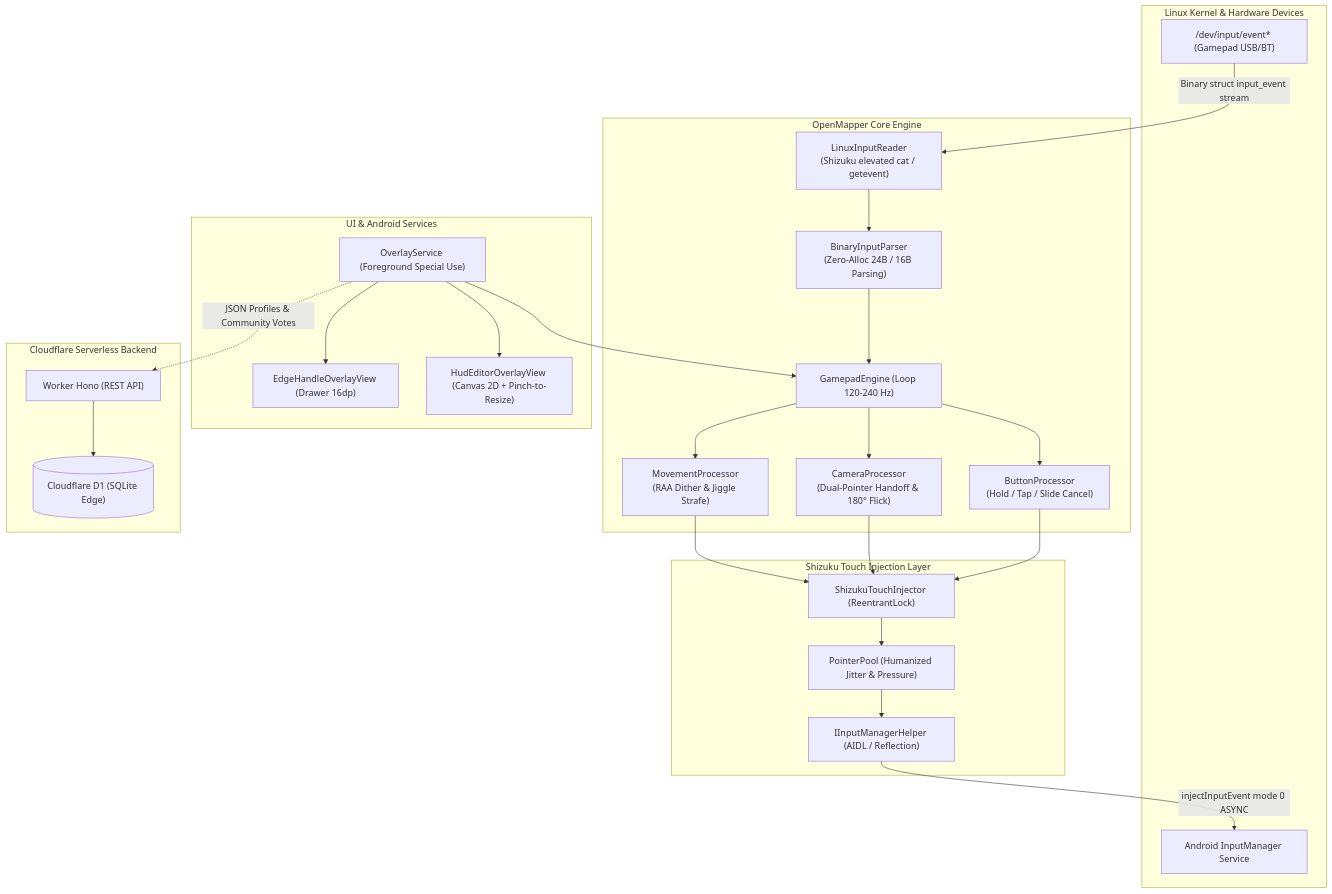
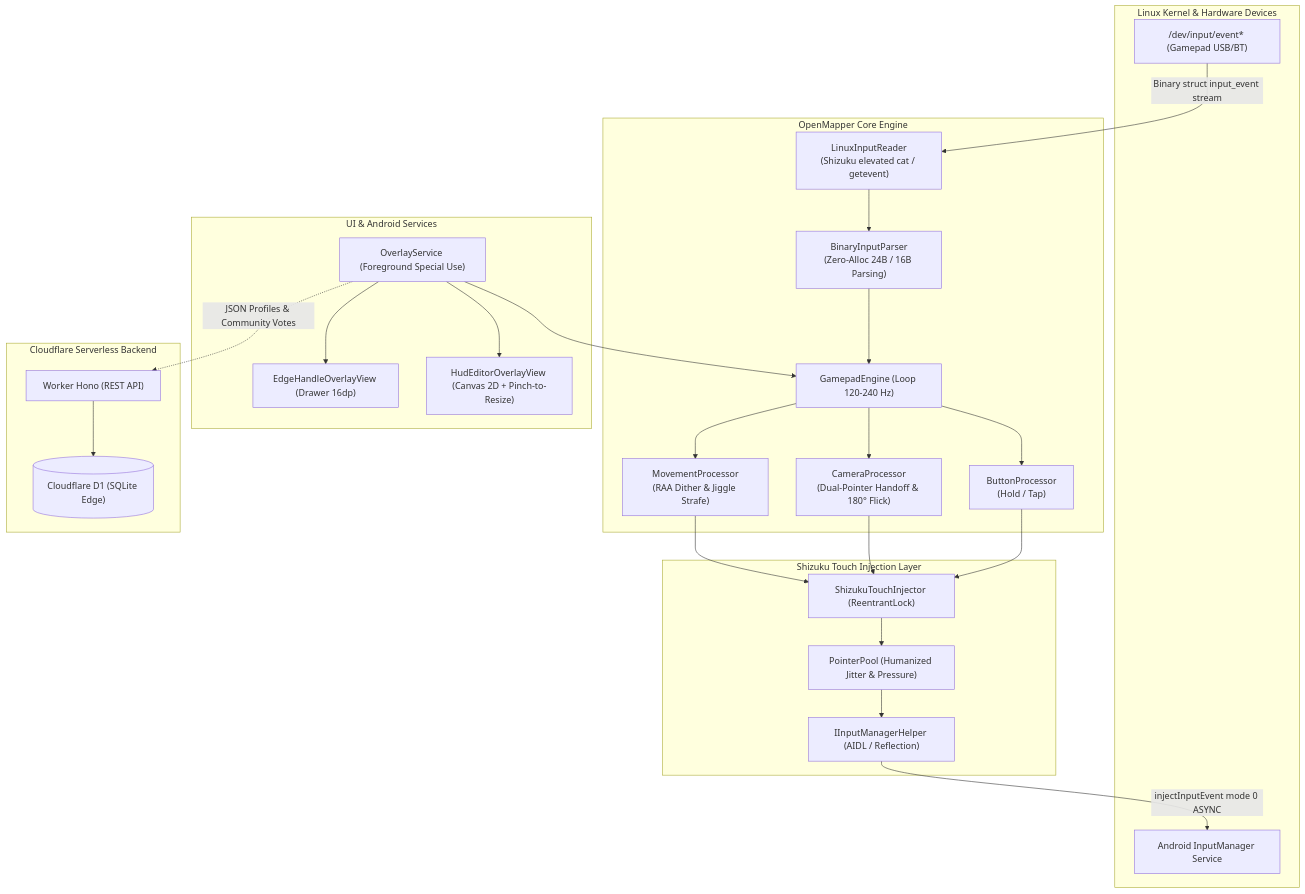
One commit to kinou-p/android-open-mapper changed the diagram in README.md. Above: the diagram before and after it, drawn with Mermaid. The commit also changed other lines of this file and 23 other files, not shown here.

````diff
--- a/README.md
+++ b/README.md
@@ -96,45 +96,45 @@
 ```mermaid
 flowchart TB
     subgraph KERNEL ["Linux Kernel & Hardware Devices"]
         DEV["/dev/input/event* (Gamepad USB/BT)"]
         SYS_INPUT["Android InputManager Service"]
     end
 
     subgraph ENGINE ["OpenMapper Core Engine"]
         LIR["LinuxInputReader<br/>(Shizuku elevated cat / getevent)"]
         BIP["BinaryInputParser<br/>(Zero-Alloc 24B / 16B Parsing)"]
         GE["GamepadEngine (Loop 120-240 Hz)"]
         
         MP["MovementProcessor<br/>(RAA Dither & Jiggle Strafe)"]
         CP["CameraProcessor<br/>(Dual-Pointer Handoff & 180° Flick)"]
-        BP["ButtonProcessor<br/>(Hold / Tap / Slide Cancel)"]
+        BP["ButtonProcessor<br/>(Hold / Tap)"]
     end
 
     subgraph INJECTION ["Shizuku Touch Injection Layer"]
         STI["ShizukuTouchInjector (ReentrantLock)"]
         PP["PointerPool (Humanized Jitter & Pressure)"]
         IIH["IInputManagerHelper (AIDL / Reflection)"]
     end
 
     subgraph OVERLAY ["UI & Android Services"]
         OS["OverlayService (Foreground Special Use)"]
         EHO["EdgeHandleOverlayView (Drawer 16dp)"]
         HEO["HudEditorOverlayView (Canvas 2D + Pinch-to-Resize)"]
     end
 
     subgraph CLOUD ["Cloudflare Serverless Backend"]
         HONO["Worker Hono (REST API)"]
         D1[("Cloudflare D1 (SQLite Edge)")]
     end
 
     DEV -->|Binary struct input_event stream| LIR
     LIR --> BIP --> GE
     GE --> MP & CP & BP
     MP & CP & BP --> STI
     STI --> PP --> IIH
     IIH -->|injectInputEvent mode 0 ASYNC| SYS_INPUT
 
     OS --> EHO & HEO & GE
     OS -.->|JSON Profiles & Community Votes| HONO
     HONO --> D1
 ```
````
